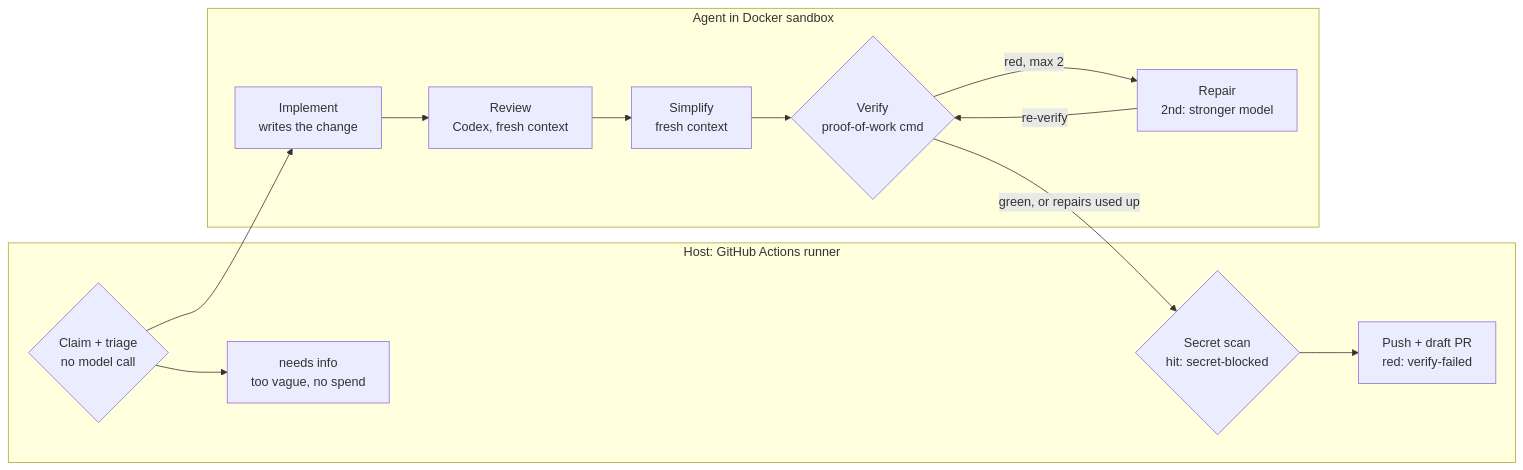
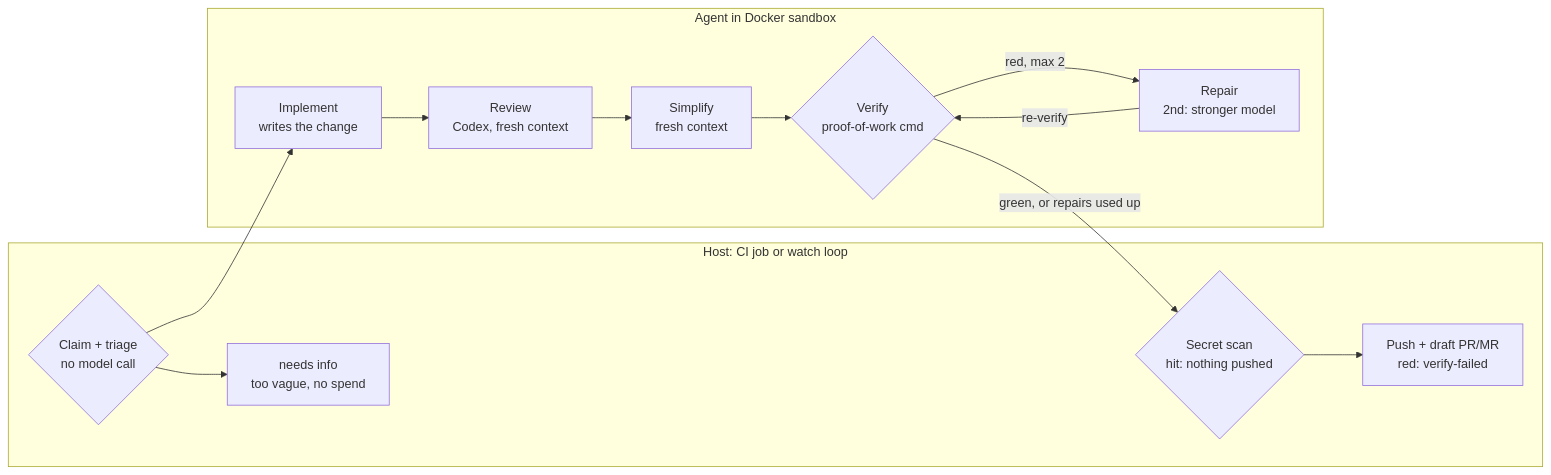
The diagram in docs/diagrams/run-pipeline.mmd (SebaBoler/vanguard), drawn with Mermaid before and after one commit. The commit also changed 16 other files, not shown here.

Commit message:
docs: diagrams cover GitLab and Linear, not just GitHub (#545)

```diff
--- a/docs/diagrams/run-pipeline.mmd
+++ b/docs/diagrams/run-pipeline.mmd
@@ -1,23 +1,23 @@
 %% One run: the topology behind run-pipeline-light.svg / run-pipeline-dark.svg (README "How it works").
 %% Change it here first, mirror it in run-pipeline.archify.json, then re-render with archify (github.com/tt-a1i/archify):
 %%   node archify/bin/archify.mjs deliver architecture docs/diagrams/run-pipeline.archify.json <out>.html --quality showcase
 %% Open <out>.html → Export → SVG, then: docs/diagrams/split-theme.sh <export>.svg run-pipeline
 flowchart LR
-  subgraph host[Host: GitHub Actions runner]
+  subgraph host[Host: CI job or watch loop]
     triage{"Claim + triage<br/>no model call"}
     info["needs info<br/>too vague, no spend"]
-    scan{"Secret scan<br/>hit: secret-blocked"}
-    pr["Push + draft PR<br/>red: verify-failed"]
+    scan{"Secret scan<br/>hit: nothing pushed"}
+    pr["Push + draft PR/MR<br/>red: verify-failed"]
   end
   subgraph sandbox[Agent in Docker sandbox]
     implement["Implement<br/>writes the change"]
     review["Review<br/>Codex, fresh context"]
     simplify["Simplify<br/>fresh context"]
     verify{"Verify<br/>proof-of-work cmd"}
     repair["Repair<br/>2nd: stronger model"]
   end
 
   triage --> info
   triage --> implement --> review --> simplify --> verify
   verify -->|red, max 2| repair -->|re-verify| verify
   verify -->|green, or repairs used up| scan --> pr
```
